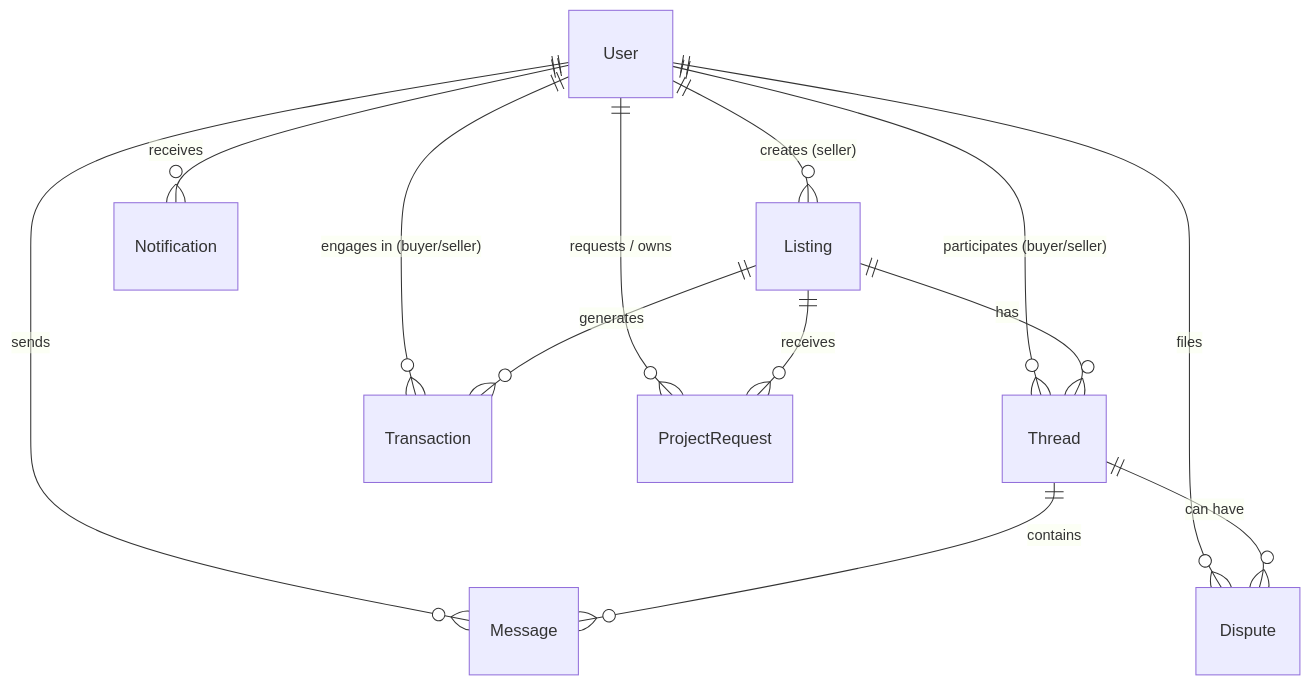
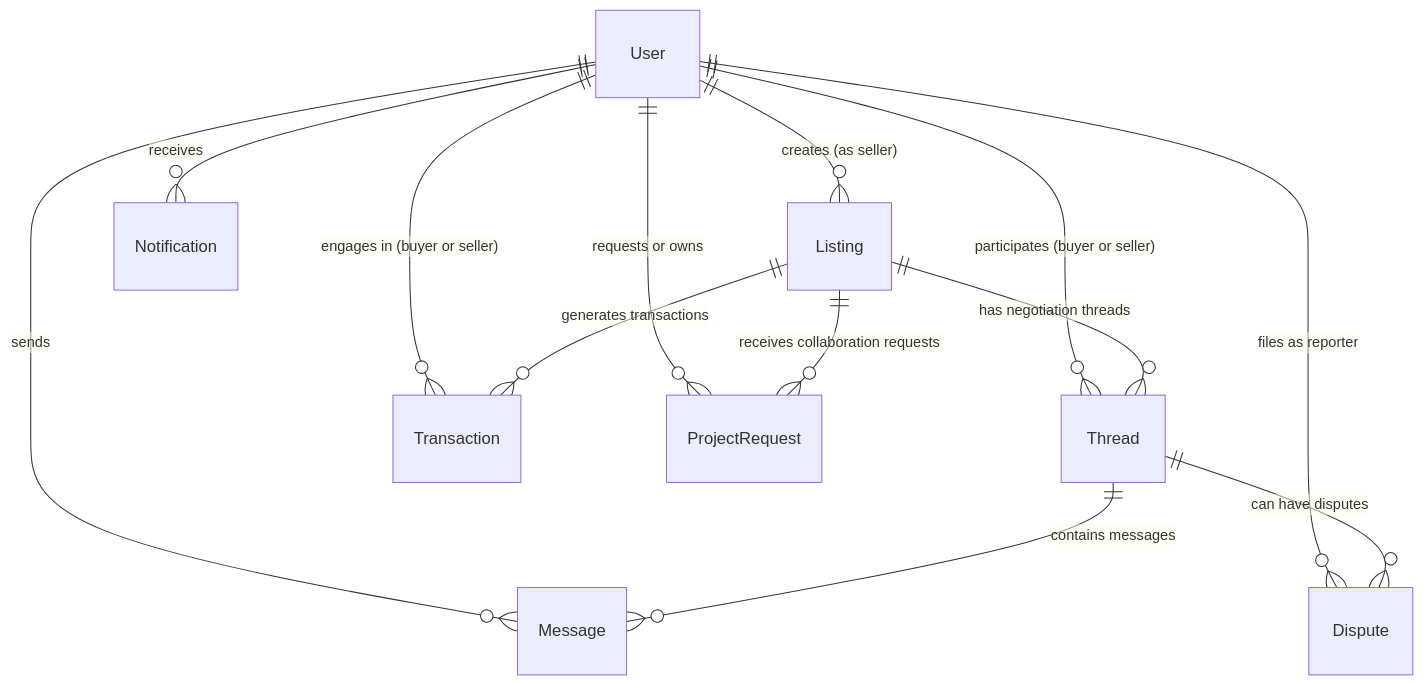
The third of 3 diagrams in MujMart-main/README.md (abhinendrasinghDS/mujmart---in-), drawn with Mermaid before and after one commit. The commit also changed other lines of this file, not shown here.

Commit message:
docs: add comprehensive detailed README with full API reference, architecture diagrams, escrow protocol, tech stack, project structure, security, roadmap and contributing guide

````diff
--- a/MujMart-main/README.md
+++ b/MujMart-main/README.md
@@ -210,17 +259,17 @@
 ```mermaid
 erDiagram
-    User ||--o{ Listing : "creates (seller)"
-    User ||--o{ Thread : "participates (buyer/seller)"
+    User ||--o{ Listing : "creates (as seller)"
+    User ||--o{ Thread : "participates (buyer or seller)"
     User ||--o{ Message : "sends"
-    User ||--o{ Transaction : "engages in (buyer/seller)"
-    User ||--o{ Dispute : "files"
+    User ||--o{ Transaction : "engages in (buyer or seller)"
+    User ||--o{ Dispute : "files as reporter"
     User ||--o{ Notification : "receives"
-    User ||--o{ ProjectRequest : "requests / owns"
+    User ||--o{ ProjectRequest : "requests or owns"
 
-    Listing ||--o{ Thread : "has"
-    Listing ||--o{ Transaction : "generates"
-    Listing ||--o{ ProjectRequest : "receives"
+    Listing ||--o{ Thread : "has negotiation threads"
+    Listing ||--o{ Transaction : "generates transactions"
+    Listing ||--o{ ProjectRequest : "receives collaboration requests"
 
-    Thread ||--o{ Message : "contains"
-    Thread ||--o{ Dispute : "can have"
+    Thread ||--o{ Message : "contains messages"
+    Thread ||--o{ Dispute : "can have disputes"
 ```
````
